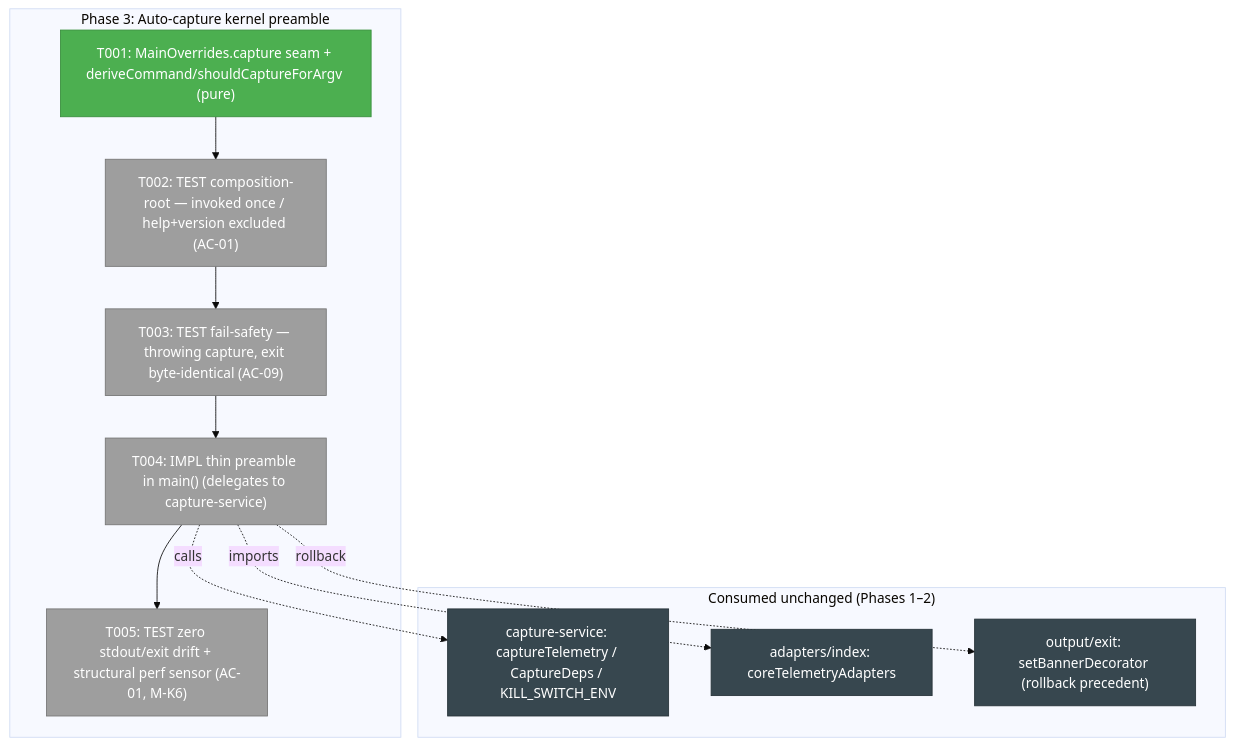
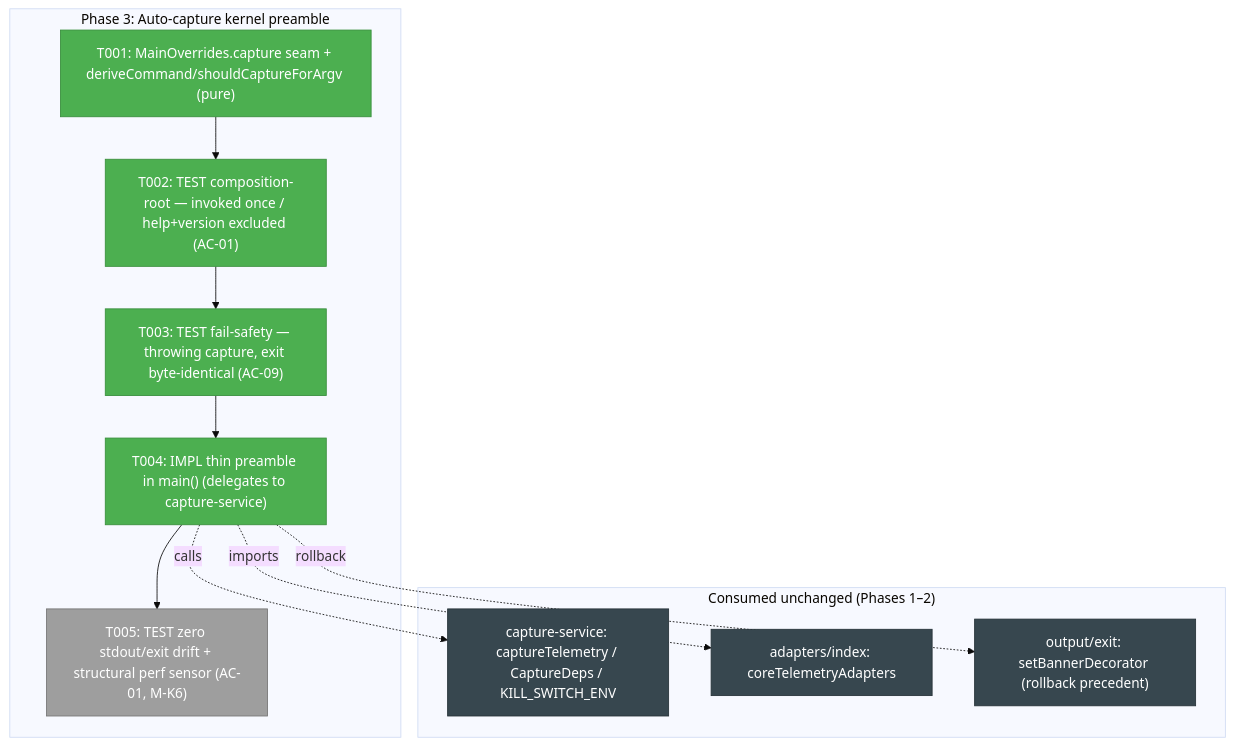
Before and after one commit to AI-Substrate/harness-engineering: the first of 3 diagrams in docs/plans/034-harness-telemetry-collection/tasks/phase-3-auto-capture-kernel-preamble/tasks.md, drawn with Mermaid (base theme). The commit also changed other lines of this file and 3 other files, not shown here.

First line of the commit message:
feat(telemetry): auto-capture kernel preamble in main() (034 T002-T004)

````diff
--- a/docs/plans/034-harness-telemetry-collection/tasks/phase-3-auto-capture-kernel-preamble/tasks.md
+++ b/docs/plans/034-harness-telemetry-collection/tasks/phase-3-auto-capture-kernel-preamble/tasks.md
@@ -109,26 +109,26 @@
 ```mermaid
 flowchart TD
     classDef pending fill:#9E9E9E,stroke:#757575,color:#fff
     classDef inprogress fill:#FB8C00,stroke:#EF6C00,color:#fff
     classDef completed fill:#4CAF50,stroke:#388E3C,color:#fff
     classDef nochange fill:#37474F,stroke:#263238,color:#fff
 
     subgraph Phase["Phase 3: Auto-capture kernel preamble"]
         T001["T001: MainOverrides.capture seam + deriveCommand/shouldCaptureForArgv (pure)"]:::completed
-        T002["T002: TEST composition-root — invoked once / help+version excluded (AC-01)"]:::pending
-        T003["T003: TEST fail-safety — throwing capture, exit byte-identical (AC-09)"]:::pending
-        T004["T004: IMPL thin preamble in main() (delegates to capture-service)"]:::pending
+        T002["T002: TEST composition-root — invoked once / help+version excluded (AC-01)"]:::completed
+        T003["T003: TEST fail-safety — throwing capture, exit byte-identical (AC-09)"]:::completed
+        T004["T004: IMPL thin preamble in main() (delegates to capture-service)"]:::completed
         T005["T005: TEST zero stdout/exit drift + structural perf sensor (AC-01, M-K6)"]:::pending
         T001 --> T002 --> T003 --> T004 --> T005
     end
 
     subgraph Reuse["Consumed unchanged (Phases 1–2)"]
         CS["capture-service: captureTelemetry / CaptureDeps / KILL_SWITCH_ENV"]:::nochange
         AD["adapters/index: coreTelemetryAdapters"]:::nochange
         EX["output/exit: setBannerDecorator (rollback precedent)"]:::nochange
     end
 
     T004 -.calls.-> CS
     T004 -.imports.-> AD
     T004 -.rollback.-> EX
 ```
````
